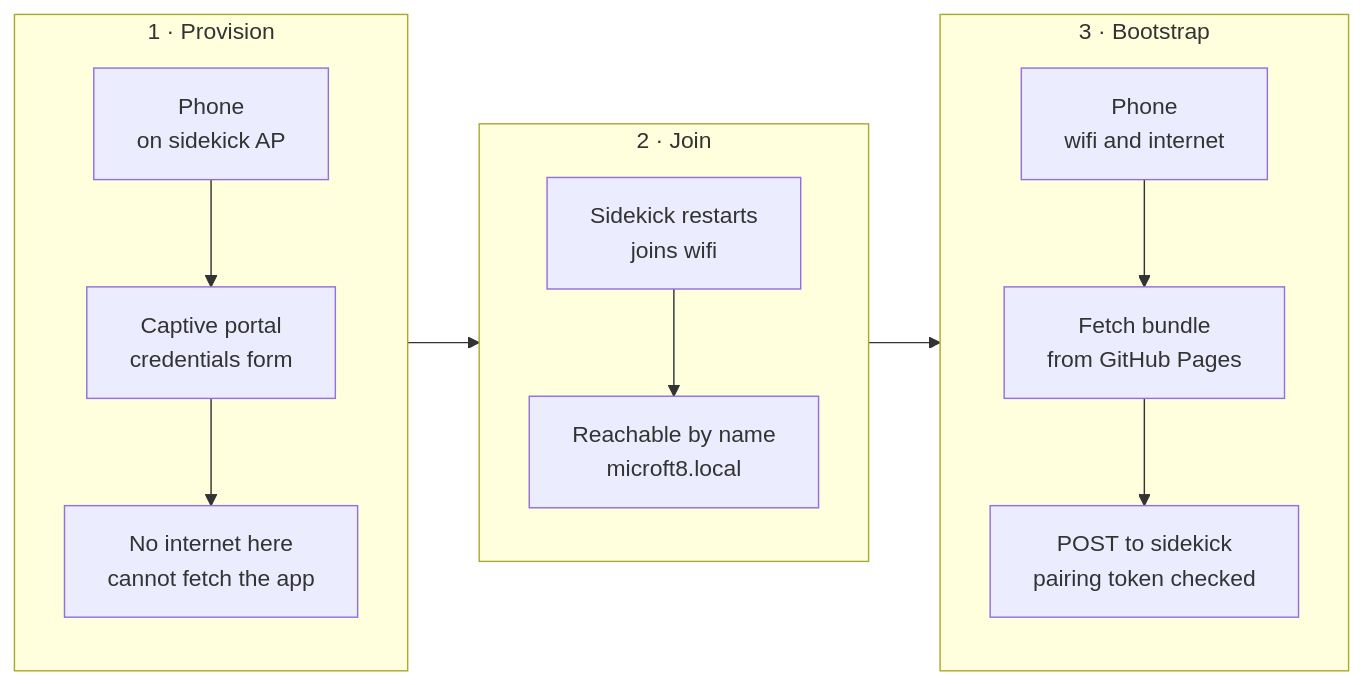
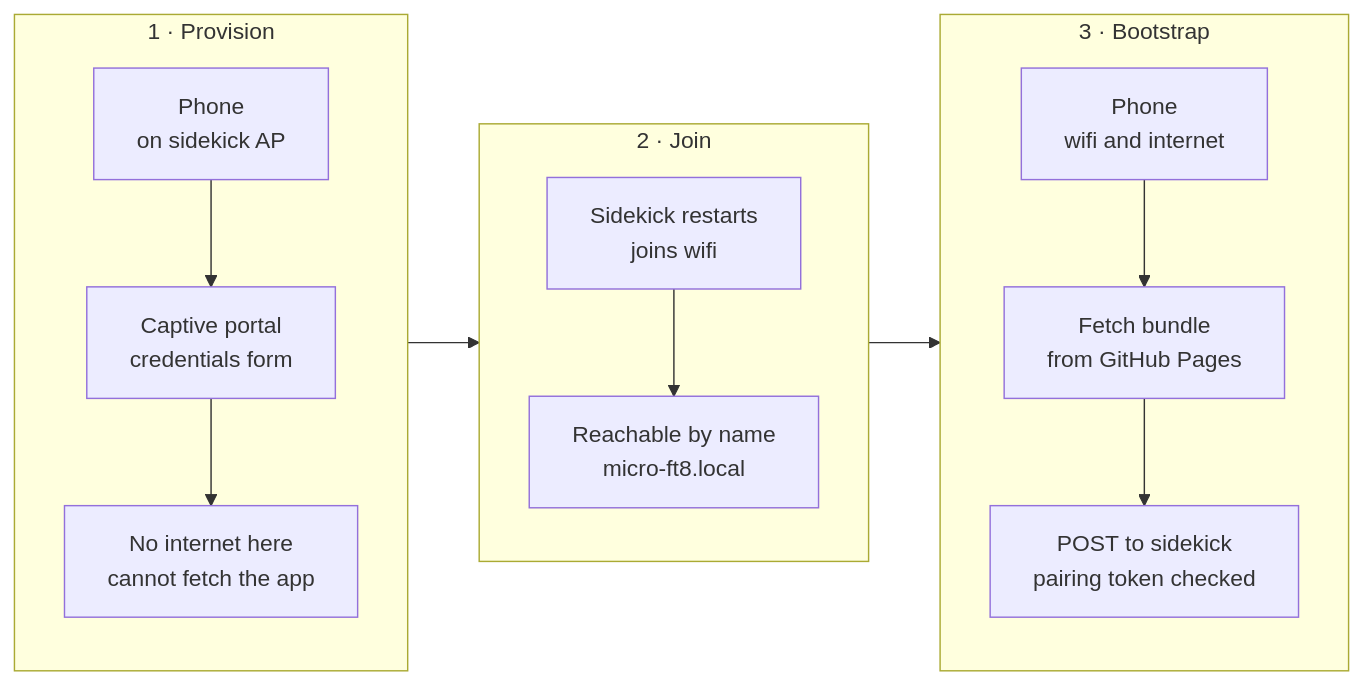
The second of 3 diagrams in docs/rfcs/0004-headless-web-architecture.md (kb2slo/micro-ft8), drawn with Mermaid before and after one commit. The commit also changed other lines of this file and 7 other files, not shown here.

First line of the commit message:
Rename sidekick mDNS hostname to micro-ft8.local.

````diff
--- a/docs/rfcs/0004-headless-web-architecture.md
+++ b/docs/rfcs/0004-headless-web-architecture.md
@@ -309,15 +309,15 @@
 ```mermaid
 flowchart LR
     subgraph s1["1 · Provision"]
         p1["Phone<br/>on sidekick AP"] --> cp["Captive portal<br/>credentials form"]
         cp --> ni["No internet here<br/>cannot fetch the app"]
     end
     subgraph s2["2 · Join"]
-        rs["Sidekick restarts<br/>joins wifi"] --> md["Reachable by name<br/>microft8.local"]
+        rs["Sidekick restarts<br/>joins wifi"] --> md["Reachable by name<br/>micro-ft8.local"]
     end
     subgraph s3["3 · Bootstrap"]
         p3["Phone<br/>wifi and internet"] --> fb["Fetch bundle<br/>from GitHub Pages"]
         fb --> po["POST to sidekick<br/>pairing token checked"]
     end
     s1 --> s2 --> s3
 ```
````
